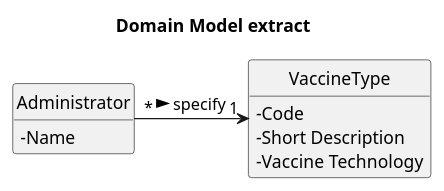
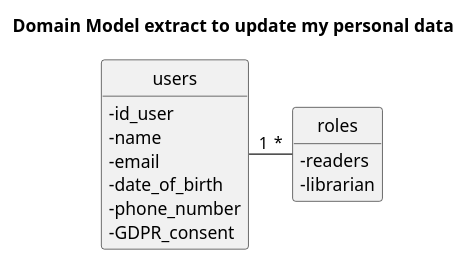
The diagram in docs/Phase_1/WP_3A/US012/US012-MD.puml (GODinho211/psoft-project-G2), drawn with PlantUML before and after one commit. The commit also changed 11 other files, not shown here.

Commit message:
Update the Workpackage 3 with the design namely Domain model extract sequence diagram ans system sequence diagram

```diff
--- a/docs/Phase_1/WP_3A/US012/US012-MD.puml
+++ b/docs/Phase_1/WP_3A/US012/US012-MD.puml
@@ -1,22 +1,31 @@
 @startuml
 'https://plantuml.com/class-diagram
 hide circle
 skinparam classAttributeIconSize 0
 hide methods
 
-title Domain Model extract
 
-Class Administrator{
+title Domain Model extract to update my personal data
 
--Name
+class users {
+
+    - id_user
+    - name
+    - email
+    - date_of_birth
+    - phone_number
+    - GDPR_consent
+
 }
 
-Class VaccineType{
--Code
--Short Description
--Vaccine Technology
+class roles {
+
+    - readers
+    - librarian
+
 }
 
-Administrator"*"->"1"VaccineType:specify   >
+
+users "1" -right-- "*" roles
 
 @enduml
```
